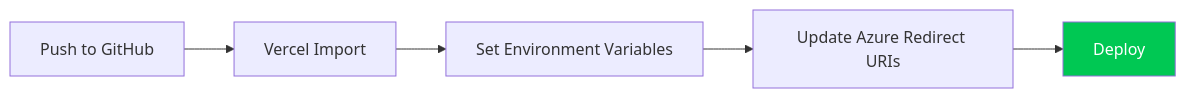
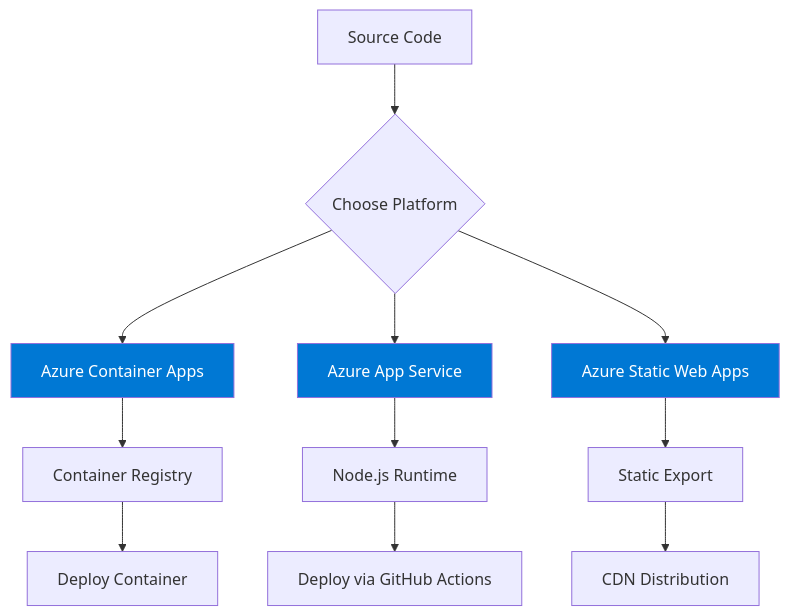
The fifth of 5 diagrams in README.md (thezaynahmed/team-boost), drawn with Mermaid before and after one commit. The commit also changed other lines of this file, not shown here.

First line of the commit message:
docs: remove emojis and update deployment for Azure

````diff
--- a/README.md
+++ b/README.md
@@ -290,9 +290,20 @@
 ```mermaid
-flowchart LR
-    A[Push to GitHub] --> B[Vercel Import]
-    B --> C[Set Environment Variables]
-    C --> D[Update Azure Redirect URIs]
-    D --> E[Deploy]
+flowchart TB
+    A[Source Code] --> B{Choose Platform}
+    B --> C[Azure Container Apps]
+    B --> D[Azure App Service]
+    B --> E[Azure Static Web Apps]
     
-    style E fill:#00c853,color:#fff
+    C --> F[Container Registry]
+    F --> G[Deploy Container]
+    
+    D --> H[Node.js Runtime]
+    H --> I[Deploy via GitHub Actions]
+    
+    E --> J[Static Export]
+    J --> K[CDN Distribution]
+    
+    style C fill:#0078d4,color:#fff
+    style D fill:#0078d4,color:#fff
+    style E fill:#0078d4,color:#fff
 ```
````
